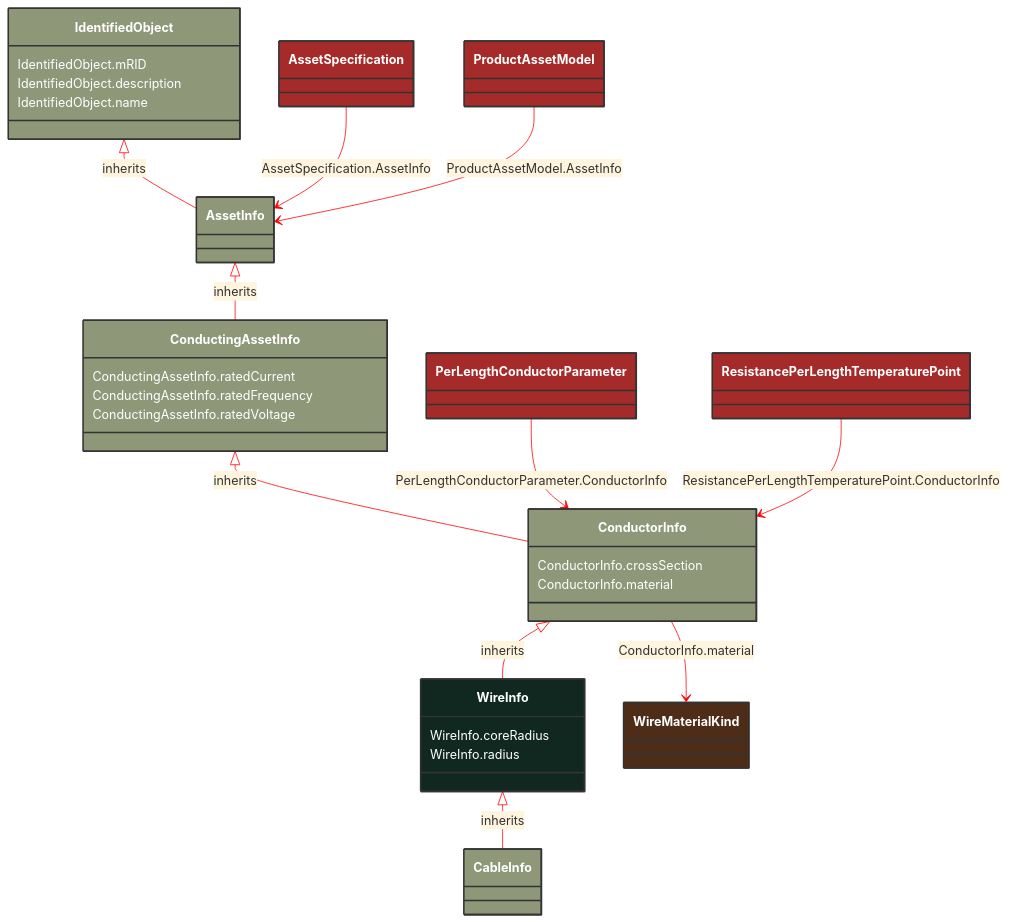
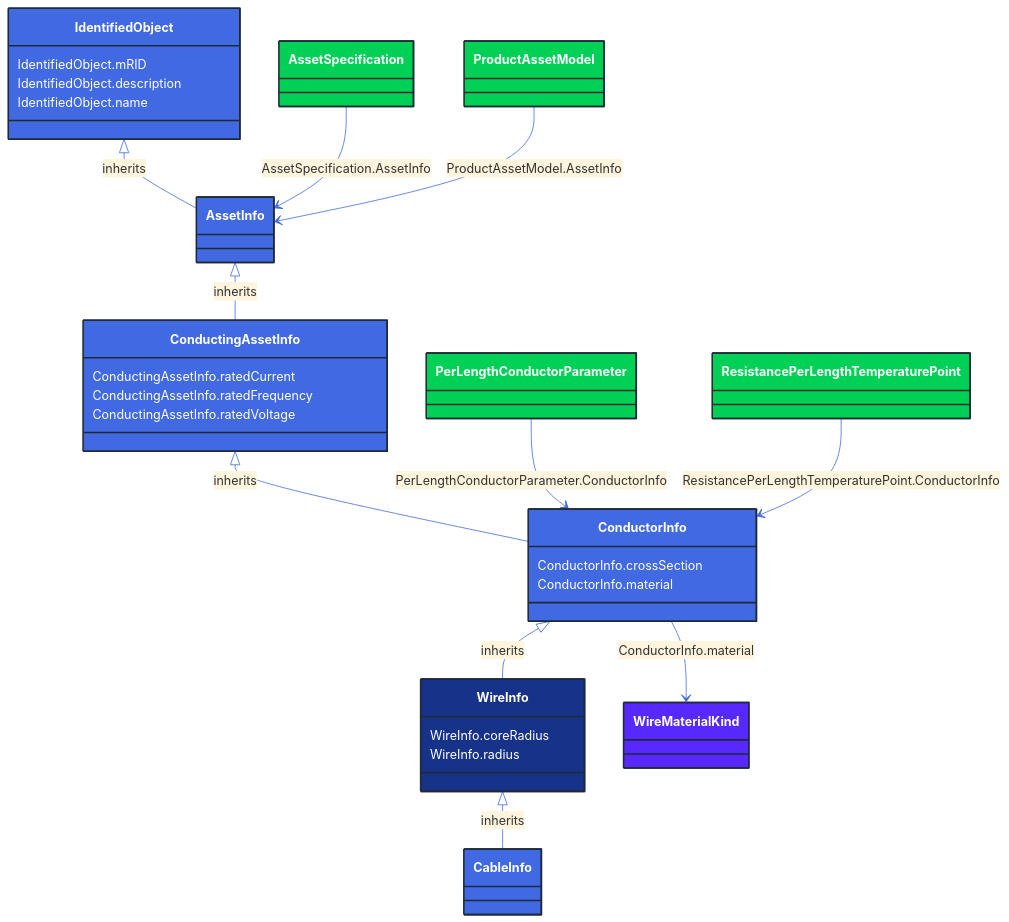
Before and after one commit to 3lbits/NoCIMExtensions: the diagram in docs/Models/Profiles/SubseaCableInfo/AbstractClasses/WireInfo.md, drawn with Mermaid. The commit also changed 362 other files, not shown here.

First line of the commit message:
Update diagrams and styles for improved visual consistency

````diff
--- a/docs/Models/Profiles/SubseaCableInfo/AbstractClasses/WireInfo.md
+++ b/docs/Models/Profiles/SubseaCableInfo/AbstractClasses/WireInfo.md
@@ -10,71 +10,71 @@
 ```mermaid
-%%{init: {'theme':'base','themeVariables': {'lineColor': '#FF0000'}}}%%
+%%{init: {'theme':'base','themeVariables': {'lineColor': '#4169E1'}}}%%
 classDiagram
     class WireInfo
     click WireInfo href "/Models/Profiles/SubseaCableInfo/AbstractClasses/WireInfo/"
-    style WireInfo fill:#102820,stroke:#333,stroke-width:2px,rx:10,ry:10,color:white
+    style WireInfo fill:#163289,stroke:#1F2A37,stroke-width:2px,rx:10,ry:10,color:white
 
         WireInfo <|-- CableInfo : inherits
 
         CableInfo
             click CableInfo href "/Models/Profiles/SubseaCableInfo/ConcreteClasses/CableInfo/"
-            style CableInfo fill:#8F9779,stroke:#333,stroke-width:2px,rx:10,ry:10,color:white
+            style CableInfo fill:#4169E1,stroke:#1F2A37,stroke-width:2px,rx:10,ry:10,color:white
      
         ConductorInfo <|-- WireInfo : inherits
             click ConductorInfo href "/Models/Profiles/SubseaCableInfo/AbstractClasses/ConductorInfo/"
-            style ConductorInfo fill:#8F9779,stroke:#333,stroke-width:2px,rx:10,ry:10,color:white
+            style ConductorInfo fill:#4169E1,stroke:#1F2A37,stroke-width:2px,rx:10,ry:10,color:white
      
         ConductingAssetInfo <|-- ConductorInfo : inherits
             click ConductingAssetInfo href "/Models/Profiles/SubseaCableInfo/AbstractClasses/ConductingAssetInfo/"
-            style ConductingAssetInfo fill:#8F9779,stroke:#333,stroke-width:2px,rx:10,ry:10,color:white
+            style ConductingAssetInfo fill:#4169E1,stroke:#1F2A37,stroke-width:2px,rx:10,ry:10,color:white
      
         AssetInfo <|-- ConductingAssetInfo : inherits
             click AssetInfo href "/Models/Profiles/SubseaCableInfo/AbstractClasses/AssetInfo/"
-            style AssetInfo fill:#8F9779,stroke:#333,stroke-width:2px,rx:10,ry:10,color:white
+            style AssetInfo fill:#4169E1,stroke:#1F2A37,stroke-width:2px,rx:10,ry:10,color:white
      
         IdentifiedObject <|-- AssetInfo : inherits
             click IdentifiedObject href "/Models/Profiles/SubseaCableInfo/AbstractClasses/IdentifiedObject/"
-            style IdentifiedObject fill:#8F9779,stroke:#333,stroke-width:2px,rx:10,ry:10,color:white
+            style IdentifiedObject fill:#4169E1,stroke:#1F2A37,stroke-width:2px,rx:10,ry:10,color:white
 
 
         AssetSpecification --> AssetInfo : AssetSpecification.AssetInfo
 
         AssetSpecification
             click AssetSpecification href "/Models/Profiles/SubseaCableInfo/ConcreteClasses/AssetSpecification/"
-            style AssetSpecification fill:#A52A2A,stroke:#333,stroke-width:2px,rx:10,ry:10,color:white
+            style AssetSpecification fill:#00D156,stroke:#1F2A37,stroke-width:2px,rx:10,ry:10,color:white
 
         PerLengthConductorParameter --> ConductorInfo : PerLengthConductorParameter.ConductorInfo
 
         PerLengthConductorParameter
             click PerLengthConductorParameter href "/Models/Profiles/SubseaCableInfo/AbstractClasses/PerLengthConductorParameter/"
-            style PerLengthConductorParameter fill:#A52A2A,stroke:#333,stroke-width:2px,rx:10,ry:10,color:white
+            style PerLengthConductorParameter fill:#00D156,stroke:#1F2A37,stroke-width:2px,rx:10,ry:10,color:white
 
         ProductAssetModel --> AssetInfo : ProductAssetModel.AssetInfo
 
         ProductAssetModel
             click ProductAssetModel href "/Models/Profiles/SubseaCableInfo/ConcreteClasses/ProductAssetModel/"
-            style ProductAssetModel fill:#A52A2A,stroke:#333,stroke-width:2px,rx:10,ry:10,color:white
+            style ProductAssetModel fill:#00D156,stroke:#1F2A37,stroke-width:2px,rx:10,ry:10,color:white
 
         ResistancePerLengthTemperaturePoint --> ConductorInfo : ResistancePerLengthTemperaturePoint.ConductorInfo
 
         ResistancePerLengthTemperaturePoint
             click ResistancePerLengthTemperaturePoint href "/Models/Profiles/SubseaCableInfo/ConcreteClasses/ResistancePerLengthTemperaturePoint/"
-            style ResistancePerLengthTemperaturePoint fill:#A52A2A,stroke:#333,stroke-width:2px,rx:10,ry:10,color:white
+            style ResistancePerLengthTemperaturePoint fill:#00D156,stroke:#1F2A37,stroke-width:2px,rx:10,ry:10,color:white
 
         ConductorInfo --> WireMaterialKind : ConductorInfo.material
 
         WireMaterialKind
             click WireMaterialKind href "/Models/Profiles/SubseaCableInfo/Enumerations/WireMaterialKind/"
-            style WireMaterialKind fill:#4D2D18,stroke:#333,stroke-width:2px,rx:10,ry:10,color:white
+            style WireMaterialKind fill:#5729FF,stroke:#1F2A37,stroke-width:2px,rx:10,ry:10,color:white
 
         WireInfo : WireInfo.coreRadius
         WireInfo : WireInfo.radius
         ConductorInfo : ConductorInfo.crossSection
         ConductorInfo : ConductorInfo.material
         ConductingAssetInfo : ConductingAssetInfo.ratedCurrent
         ConductingAssetInfo : ConductingAssetInfo.ratedFrequency
         ConductingAssetInfo : ConductingAssetInfo.ratedVoltage
         IdentifiedObject : IdentifiedObject.mRID
         IdentifiedObject : IdentifiedObject.description
         IdentifiedObject : IdentifiedObject.name
 ```
````
